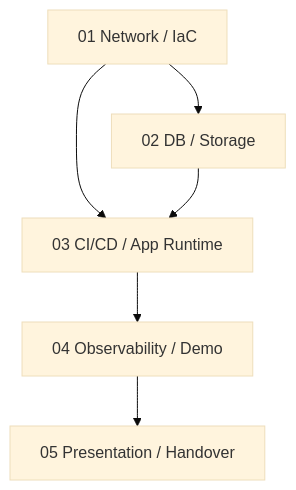
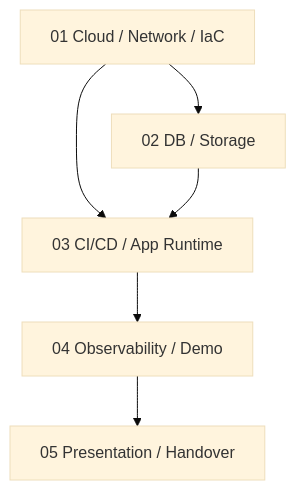
One commit to KosaCloudTeam2/infra-platform changed the diagram in docs/architecture/build-up/README.md. Above: the diagram before and after it, drawn with Mermaid (base theme). The commit also changed other lines of this file and 6 other files, not shown here.

````diff
--- a/docs/architecture/build-up/README.md
+++ b/docs/architecture/build-up/README.md
@@ -9,8 +9,8 @@
 ```mermaid
 flowchart TD
-    A["01 Network / IaC"] --> B["02 DB / Storage"]
+    A["01 Cloud / Network / IaC"] --> B["02 DB / Storage"]
     A --> C["03 CI/CD / App Runtime"]
     B --> C
     C --> D["04 Observability / Demo"]
     D --> E["05 Presentation / Handover"]
 ```
````
